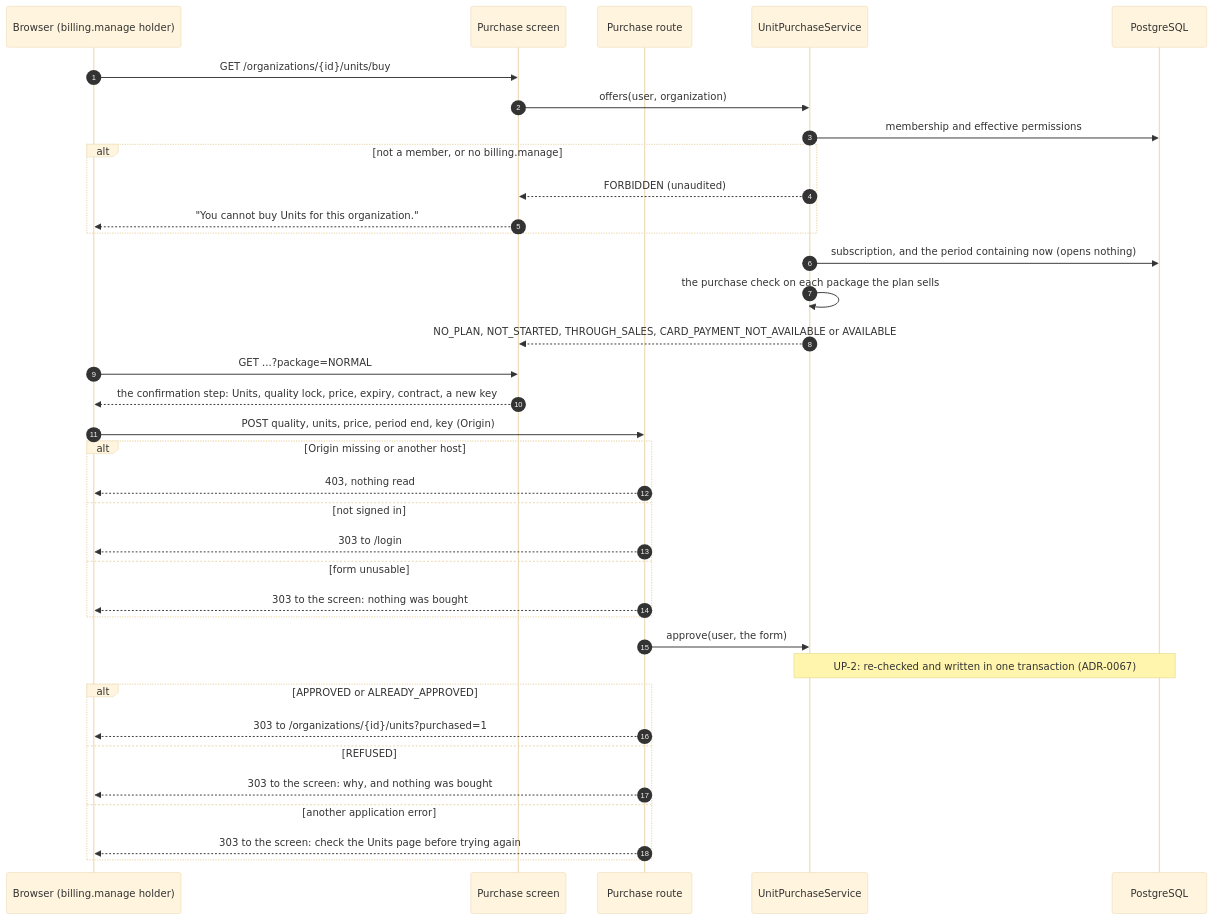
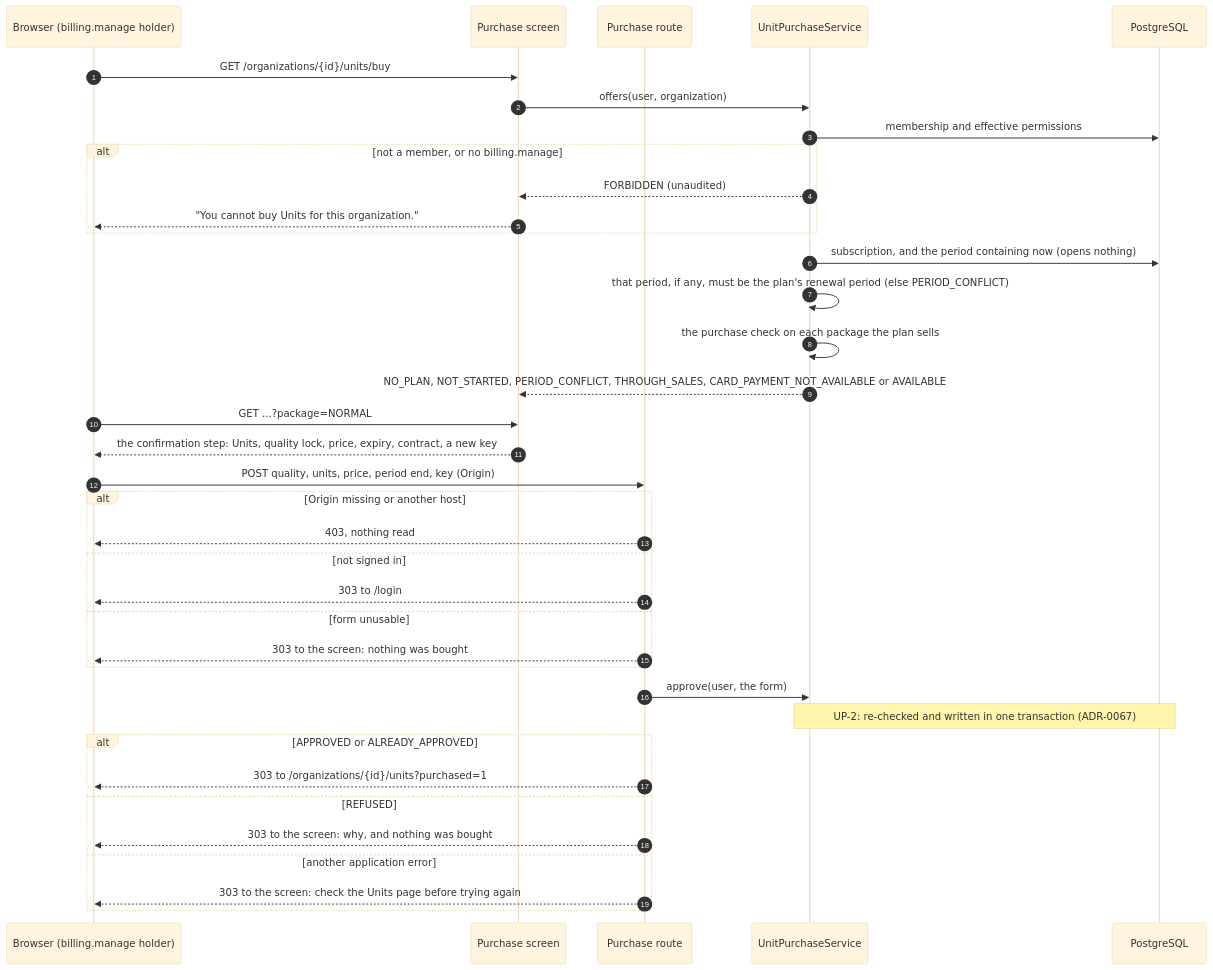
Before and after one commit to TakeTouhu/Real-Estate-Listing-Concept-Video: the third of 3 diagrams in docs/unit-purchase-completion.md, drawn with Mermaid (base theme). The commit also changed other lines of this file, not shown here.

````diff
--- a/docs/unit-purchase-completion.md
+++ b/docs/unit-purchase-completion.md
@@ -628,39 +633,40 @@
 ```mermaid
 sequenceDiagram
   autonumber
   participant B as Browser (billing.manage holder)
   participant P as Purchase screen
   participant R as Purchase route
   participant S as UnitPurchaseService
   participant DB as PostgreSQL
 
   B->>P: GET /organizations/{id}/units/buy
   P->>S: offers(user, organization)
   S->>DB: membership and effective permissions
   alt not a member, or no billing.manage
     S-->>P: FORBIDDEN (unaudited)
     P-->>B: "You cannot buy Units for this organization."
   end
   S->>DB: subscription, and the period containing now (opens nothing)
+  S->>S: that period, if any, must be the plan's renewal period (else PERIOD_CONFLICT)
   S->>S: the purchase check on each package the plan sells
-  S-->>P: NO_PLAN, NOT_STARTED, THROUGH_SALES, CARD_PAYMENT_NOT_AVAILABLE or AVAILABLE
+  S-->>P: NO_PLAN, NOT_STARTED, PERIOD_CONFLICT, THROUGH_SALES, CARD_PAYMENT_NOT_AVAILABLE or AVAILABLE
   B->>P: GET ...?package=NORMAL
   P-->>B: the confirmation step: Units, quality lock, price, expiry, contract, a new key
   B->>R: POST quality, units, price, period end, key (Origin)
   alt Origin missing or another host
     R-->>B: 403, nothing read
   else not signed in
     R-->>B: 303 to /login
   else form unusable
     R-->>B: 303 to the screen: nothing was bought
   end
   R->>S: approve(user, the form)
   Note over S,DB: UP-2: re-checked and written in one transaction (ADR-0067)
   alt APPROVED or ALREADY_APPROVED
     R-->>B: 303 to /organizations/{id}/units?purchased=1
   else REFUSED
     R-->>B: 303 to the screen: why, and nothing was bought
   else another application error
     R-->>B: 303 to the screen: check the Units page before trying again
   end
 ```
````
